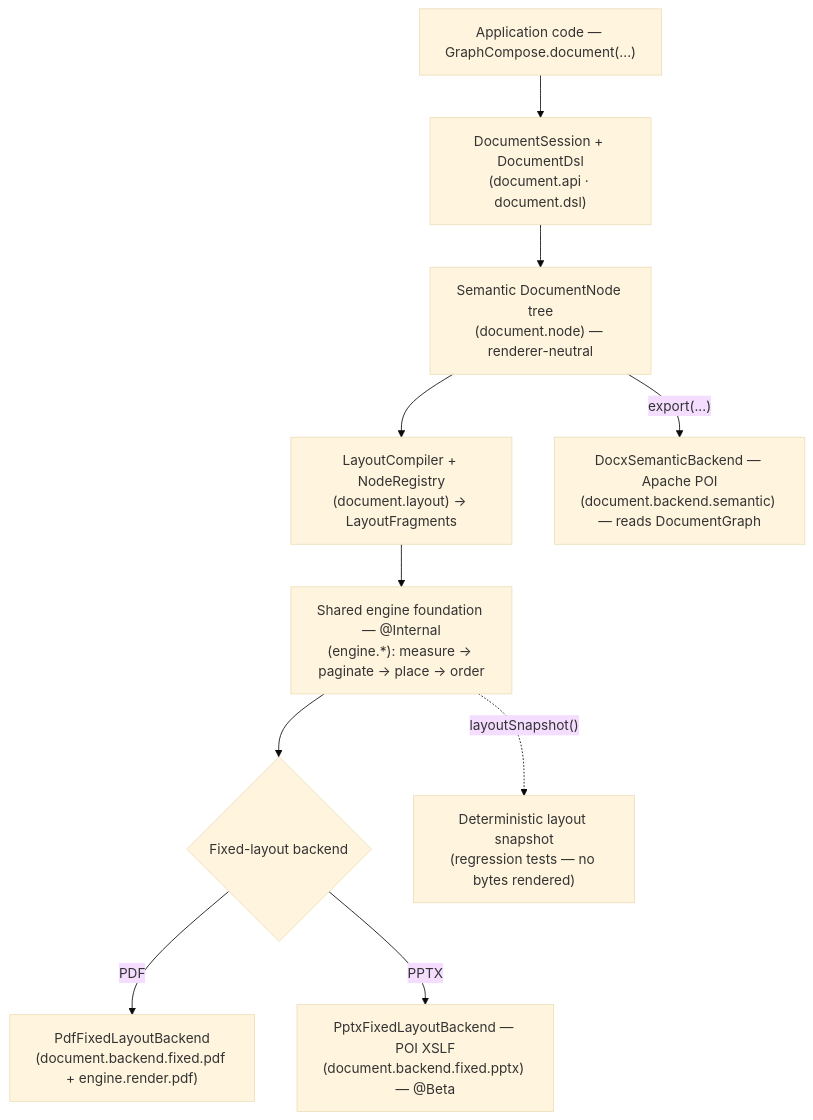
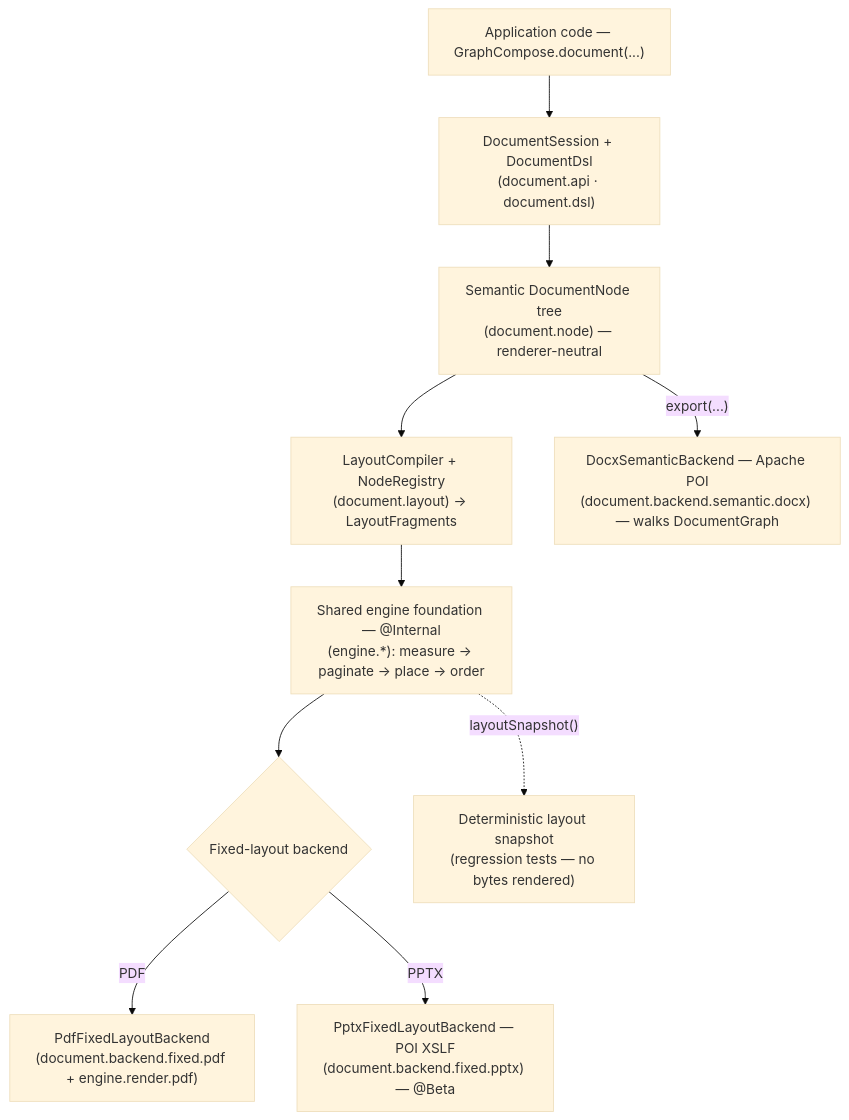
Before and after one commit to DemchaAV/GraphCompose: the diagram in docs/architecture/overview.md, drawn with Mermaid (base theme). The commit also changed other lines of this file and 9 other files, not shown here.

````diff
--- a/docs/architecture/overview.md
+++ b/docs/architecture/overview.md
@@ -18,12 +18,12 @@
 ```mermaid
 flowchart TD
     A["Application code — GraphCompose.document(...)"] --> B["DocumentSession + DocumentDsl<br/>(document.api · document.dsl)"]
     B --> C["Semantic DocumentNode tree<br/>(document.node) — renderer-neutral"]
     C --> D["LayoutCompiler + NodeRegistry<br/>(document.layout) → LayoutFragments"]
-    C -->|"export(...)"| H["DocxSemanticBackend — Apache POI<br/>(document.backend.semantic) — reads DocumentGraph"]
+    C -->|"export(...)"| H["DocxSemanticBackend — Apache POI<br/>(document.backend.semantic.docx) — walks DocumentGraph"]
     D --> E["Shared engine foundation — @Internal<br/>(engine.*): measure → paginate → place → order"]
     E --> F{"Fixed-layout backend"}
     F -->|PDF| G["PdfFixedLayoutBackend<br/>(document.backend.fixed.pdf + engine.render.pdf)"]
     F -->|PPTX| P["PptxFixedLayoutBackend — POI XSLF<br/>(document.backend.fixed.pptx) — @Beta"]
     E -.->|"layoutSnapshot()"| I["Deterministic layout snapshot<br/>(regression tests — no bytes rendered)"]
 ```
````
